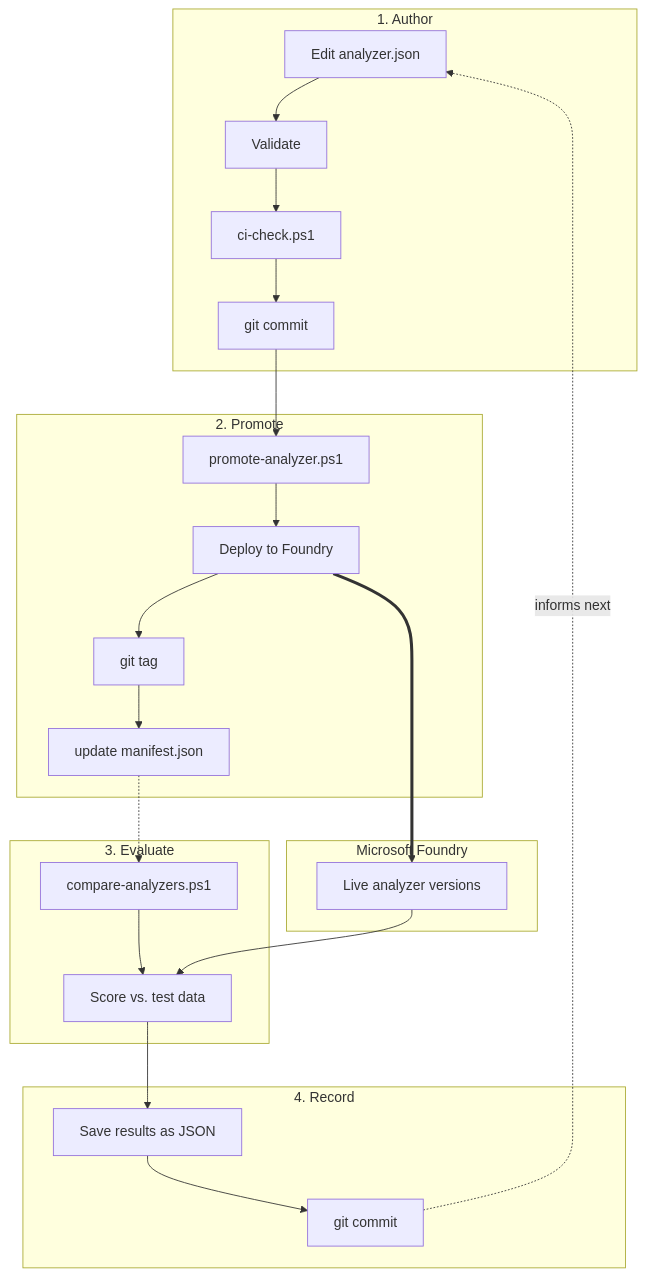
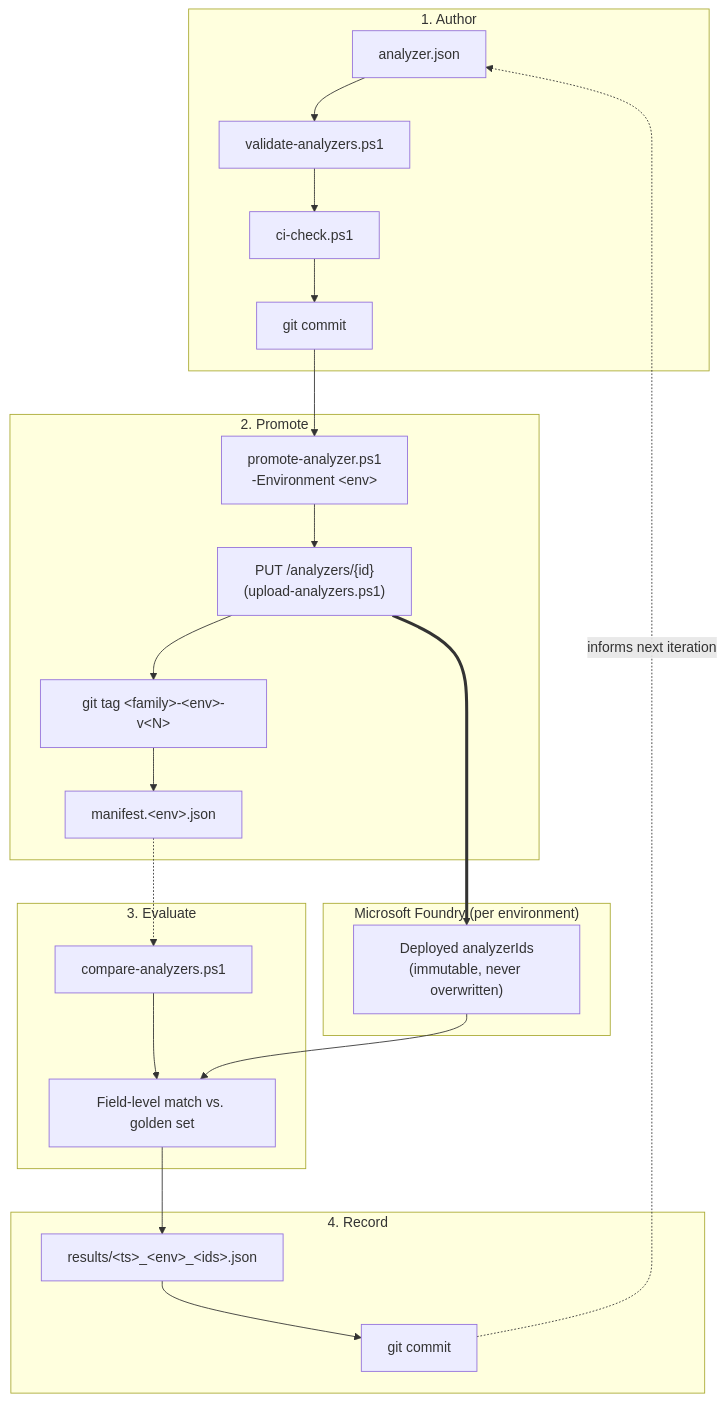
Before and after one commit to georgeollis/content-understanding-mlops: the second of 3 diagrams in README.md, drawn with Mermaid. The commit also changed other lines of this file and 3 other files, not shown here.

First line of the commit message:
docs: rewrite README, mlops-pipeline, azure-foundry-architecture in technical reference style

````diff
--- a/README.md
+++ b/README.md
@@ -97,32 +75,32 @@
 ```mermaid
 graph TB
     subgraph AUTHOR["1. Author"]
-        EDIT["Edit analyzer.json"] --> VALA["Validate"]
+        EDIT["analyzer.json"] --> VALA["validate-analyzers.ps1"]
         VALA --> CI["ci-check.ps1"] --> COMMIT["git commit"]
     end
 
     subgraph PROMOTE["2. Promote"]
-        PROMOTESCRIPT["promote-analyzer.ps1"] --> UPLOAD["Deploy to Foundry"]
-        UPLOAD --> TAG["git tag"]
-        TAG --> MANIFEST["update manifest.json"]
+        PROMOTESCRIPT["promote-analyzer.ps1<br/>-Environment &lt;env&gt;"] --> UPLOAD["PUT /analyzers/{id}<br/>(upload-analyzers.ps1)"]
+        UPLOAD --> TAG["git tag &lt;family&gt;-&lt;env&gt;-v&lt;N&gt;"]
+        TAG --> MANIFEST["manifest.&lt;env&gt;.json"]
         COMMIT --> PROMOTESCRIPT
     end
 
-    subgraph FOUNDRY_G["Microsoft Foundry"]
-        ANALYZERS["Live analyzer versions"]
+    subgraph FOUNDRY_G["Microsoft Foundry (per environment)"]
+        ANALYZERS["Deployed analyzerIds<br/>(immutable, never overwritten)"]
     end
     UPLOAD ==> ANALYZERS
 
     subgraph EVALUATE["3. Evaluate"]
-        COMPARESCRIPT["compare-analyzers.ps1"] --> SCORE["Score vs. test data"]
+        COMPARESCRIPT["compare-analyzers.ps1"] --> SCORE["Field-level match vs. golden set"]
         MANIFEST -.-> COMPARESCRIPT
         ANALYZERS --> SCORE
     end
 
     subgraph RECORD["4. Record"]
-        REPORT["Save results as JSON"]
+        REPORT["results/&lt;ts&gt;_&lt;env&gt;_&lt;ids&gt;.json"]
         SCORE --> REPORT --> COMMIT2["git commit"]
     end
 
-    COMMIT2 -.->|"informs next"| EDIT
+    COMMIT2 -.->|"informs next iteration"| EDIT
 ```
````
